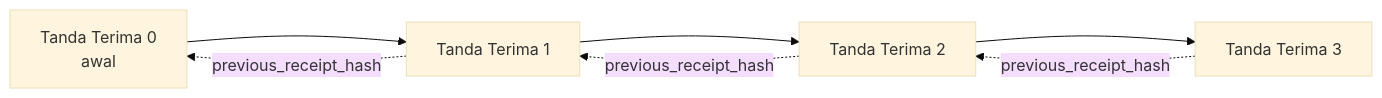
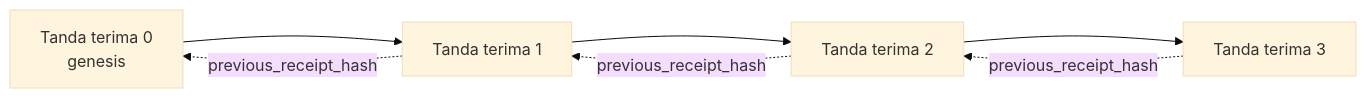
Before and after one commit to gabrielmoreira/agent-skills-mirror: the second of 2 diagrams in mirrors/repos/microsoft@ai-agents-for-beginners/translations/id/18-securing-ai-agents/README.md, drawn with Mermaid (base theme). The commit also changed other lines of this file and 4262 other files, not shown here.

````diff
--- a/mirrors/repos/microsoft@ai-agents-for-beginners/translations/id/18-securing-ai-agents/README.md
+++ b/mirrors/repos/microsoft@ai-agents-for-beginners/translations/id/18-securing-ai-agents/README.md
@@ -206,9 +203,9 @@
 ```mermaid
 flowchart LR
-    R0[Tanda Terima 0<br/>awal] --> R1[Tanda Terima 1]
-    R1 --> R2[Tanda Terima 2]
-    R2 --> R3[Tanda Terima 3]
+    R0[Tanda terima 0<br/>genesis] --> R1[Tanda terima 1]
+    R1 --> R2[Tanda terima 2]
+    R2 --> R3[Tanda terima 3]
     R1 -. previous_receipt_hash .-> R0
     R2 -. previous_receipt_hash .-> R1
     R3 -. previous_receipt_hash .-> R2
 ```
````
